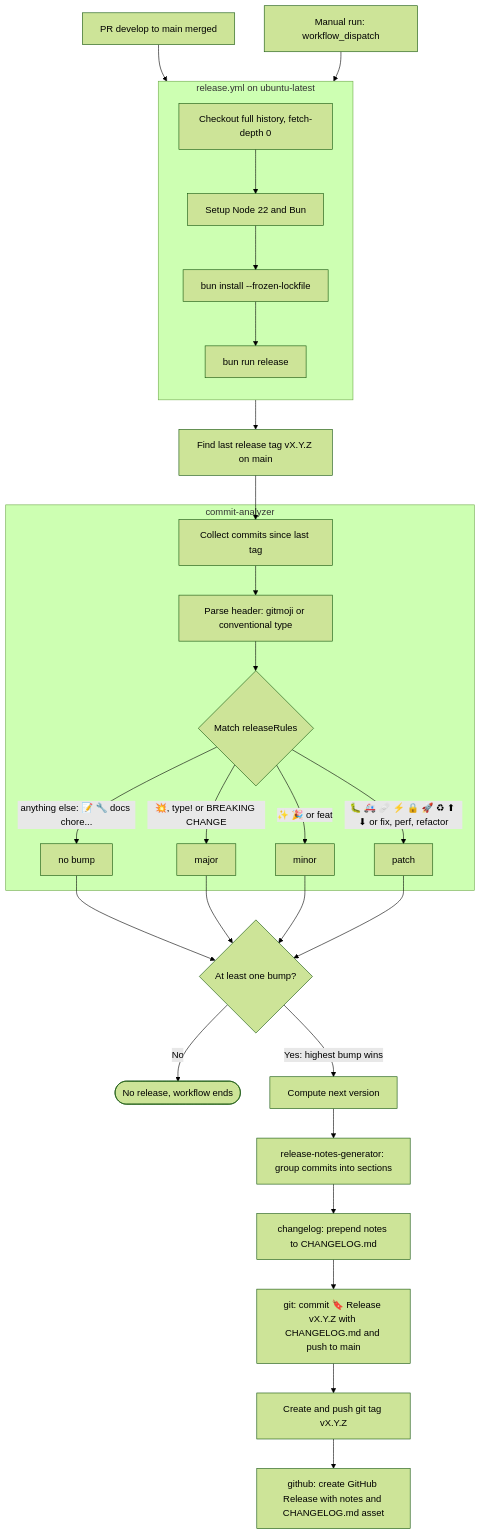
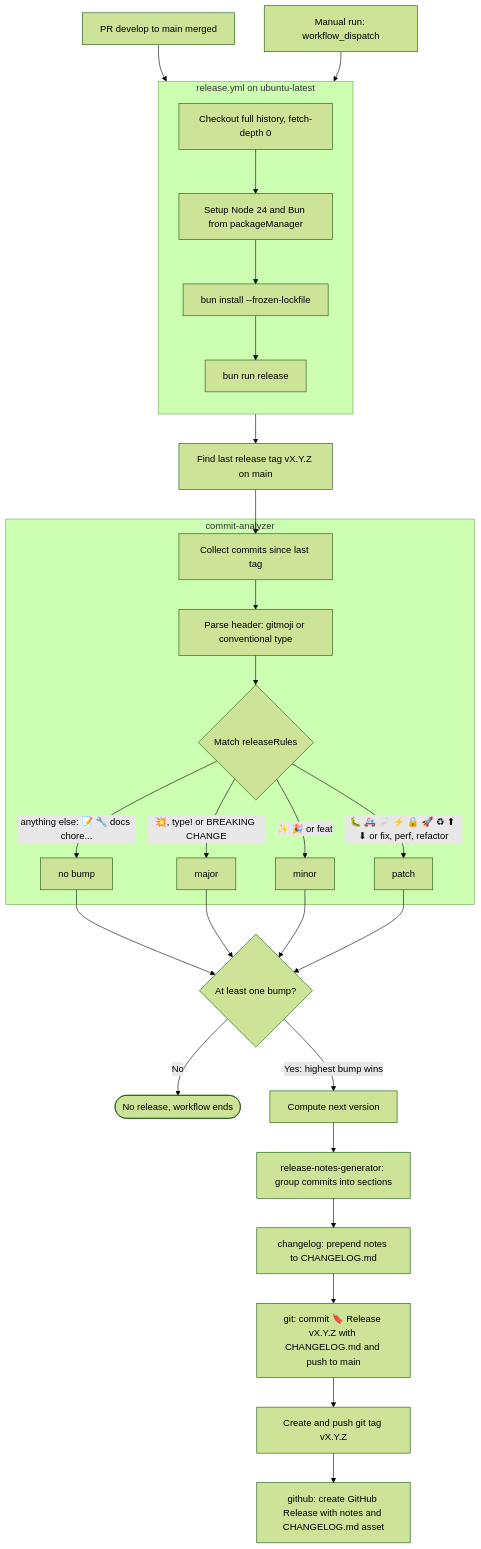
One commit to maxime-lenne/github-repository-template changed the diagram in docs/TECHNICAL_GUIDE.md. Above: the diagram before and after it, drawn with Mermaid (forest theme). The commit also changed other lines of this file and 9 other files, not shown here.

````diff
--- a/docs/TECHNICAL_GUIDE.md
+++ b/docs/TECHNICAL_GUIDE.md
@@ -163,37 +183,37 @@
 ```mermaid
 flowchart TD
   trigger_pr[PR develop to main merged] --> workflow
   trigger_manual[Manual run: workflow_dispatch] --> workflow
 
   subgraph workflow [release.yml on ubuntu-latest]
     direction TB
-    checkout[Checkout full history, fetch-depth 0] --> setup[Setup Node 22 and Bun]
+    checkout[Checkout full history, fetch-depth 0] --> setup[Setup Node 24 and Bun from packageManager]
     setup --> install[bun install --frozen-lockfile]
     install --> run[bun run release]
   end
 
   run --> last_tag[Find last release tag vX.Y.Z on main]
   last_tag --> commits[Collect commits since last tag]
 
   subgraph analyze [commit-analyzer]
     commits --> parse[Parse header: gitmoji or conventional type]
     parse --> rules{Match releaseRules}
     rules -->|💥, type! or BREAKING CHANGE| major[major]
     rules -->|✨ 🎉 or feat| minor[minor]
     rules -->|🐛 🚑 🩹 ⚡ 🔒 🚀 ♻ ⬆ ⬇ or fix, perf, refactor| patch[patch]
     rules -->|anything else: 📝 🔧 docs chore...| none[no bump]
   end
 
   none --> any_bump{At least one bump?}
   major --> any_bump
   minor --> any_bump
   patch --> any_bump
   any_bump -->|No| stop([No release, workflow ends])
   any_bump -->|Yes: highest bump wins| version[Compute next version]
 
   version --> notes[release-notes-generator: group commits into sections]
   notes --> changelog[changelog: prepend notes to CHANGELOG.md]
   changelog --> git_commit[git: commit 🔖 Release vX.Y.Z with CHANGELOG.md and push to main]
   git_commit --> tag[Create and push git tag vX.Y.Z]
   tag --> gh_release[github: create GitHub Release with notes and CHANGELOG.md asset]
 ```
````
